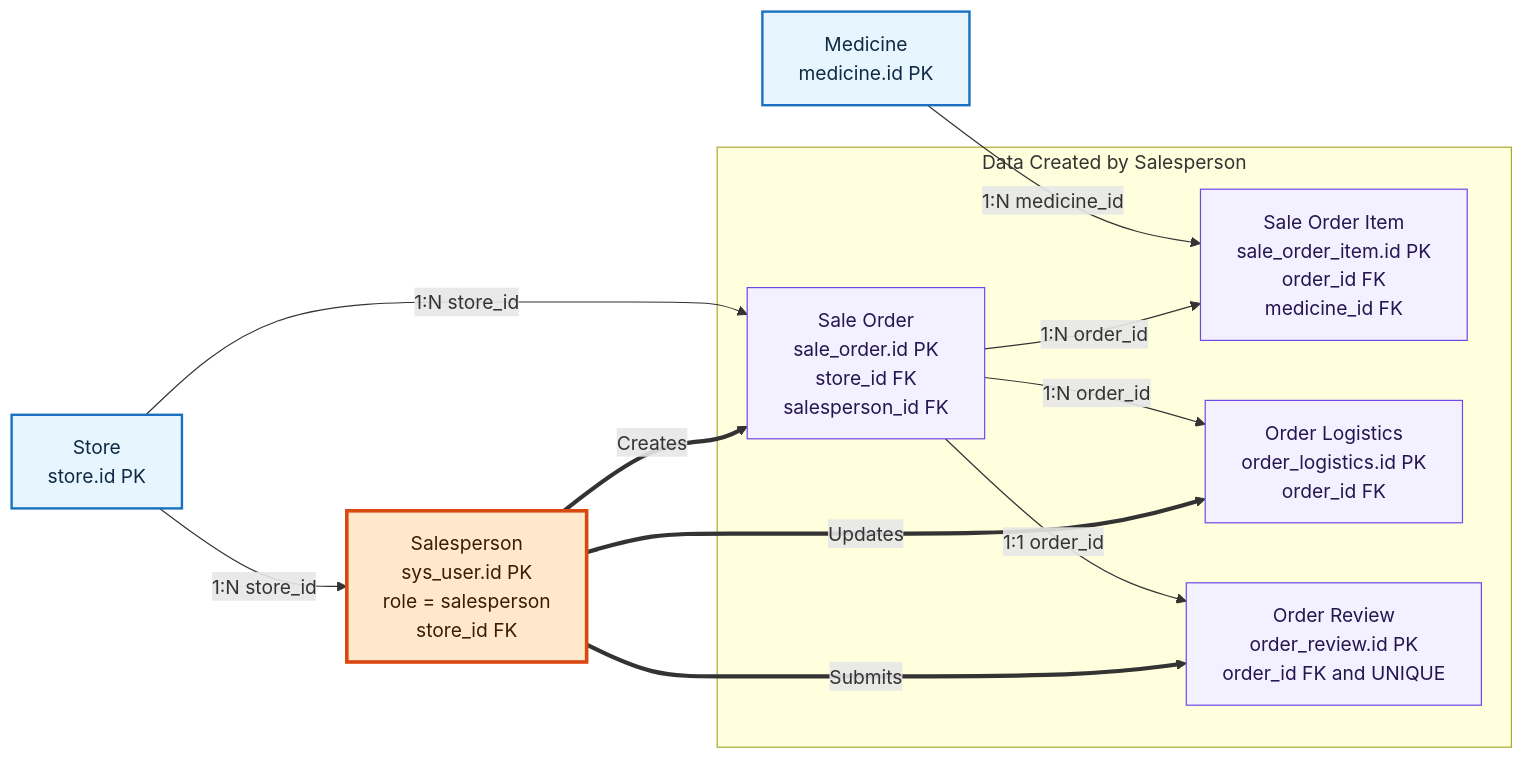
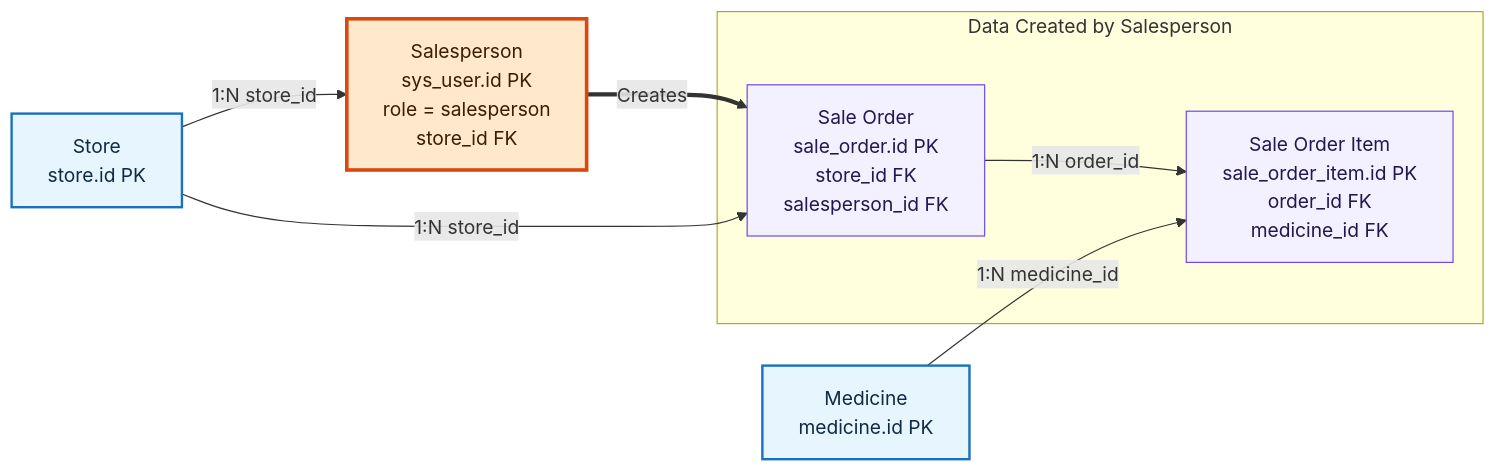
One commit to pytenter/database-medicine changed the fifth of 9 diagrams in docs/Development_Manual.md. Above: the diagram before and after it, drawn with Mermaid. The commit also changed other lines of this file and 31 other files, not shown here.

````diff
--- a/docs/Development_Manual.md
+++ b/docs/Development_Manual.md
@@ -238,31 +235,25 @@
 ```mermaid
 flowchart LR
     STAFF["Salesperson<br/>sys_user.id PK<br/>role = salesperson<br/>store_id FK"]
     STORE["Store<br/>store.id PK"]
     MED["Medicine<br/>medicine.id PK"]
 
     subgraph STAFF_DATA["Data Created by Salesperson"]
         SO["Sale Order<br/>sale_order.id PK<br/>store_id FK<br/>salesperson_id FK"]
         SOI["Sale Order Item<br/>sale_order_item.id PK<br/>order_id FK<br/>medicine_id FK"]
-        LOGI["Order Logistics<br/>order_logistics.id PK<br/>order_id FK"]
-        REVIEW["Order Review<br/>order_review.id PK<br/>order_id FK and UNIQUE"]
     end
 
     STORE -->|"1:N store_id"| STAFF
     STAFF ==>|"Creates"| SO
-    STAFF ==>|"Updates"| LOGI
-    STAFF ==>|"Submits"| REVIEW
 
     STORE -->|"1:N store_id"| SO
     SO -->|"1:N order_id"| SOI
     MED -->|"1:N medicine_id"| SOI
-    SO -->|"1:N order_id"| LOGI
-    SO -->|"1:1 order_id"| REVIEW
 
     classDef role fill:#FFE8CC,stroke:#D9480F,stroke-width:3px,color:#3B1D00
     classDef store fill:#E7F5FF,stroke:#1971C2,stroke-width:2px,color:#102A43
     classDef staff fill:#F3F0FF,stroke:#7048E8,color:#24164F
     class STAFF role
     class STORE,MED store
-    class SO,SOI,LOGI,REVIEW staff
+    class SO,SOI staff
 ```
````
